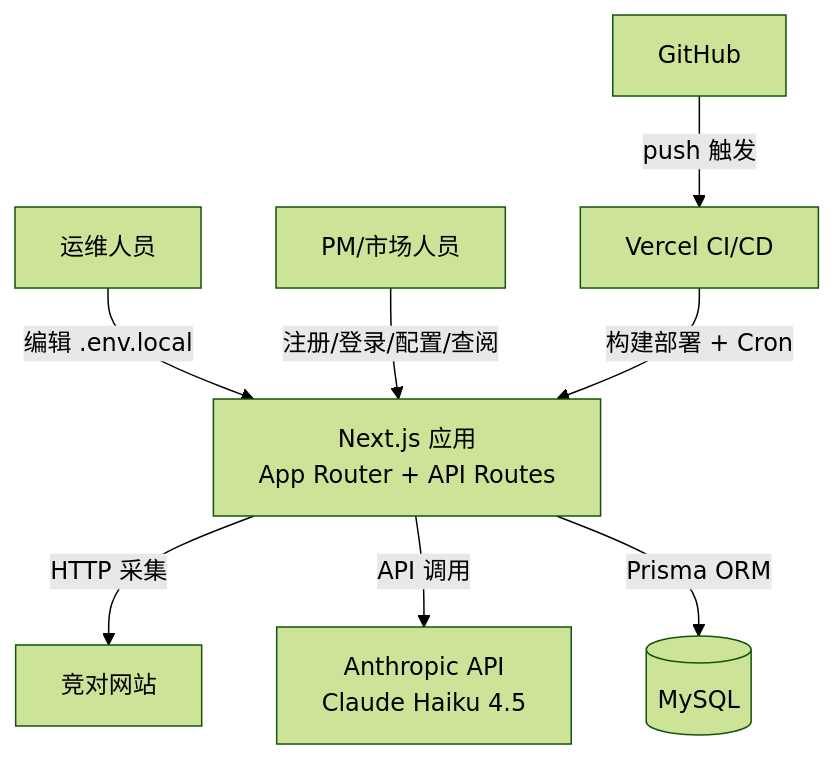
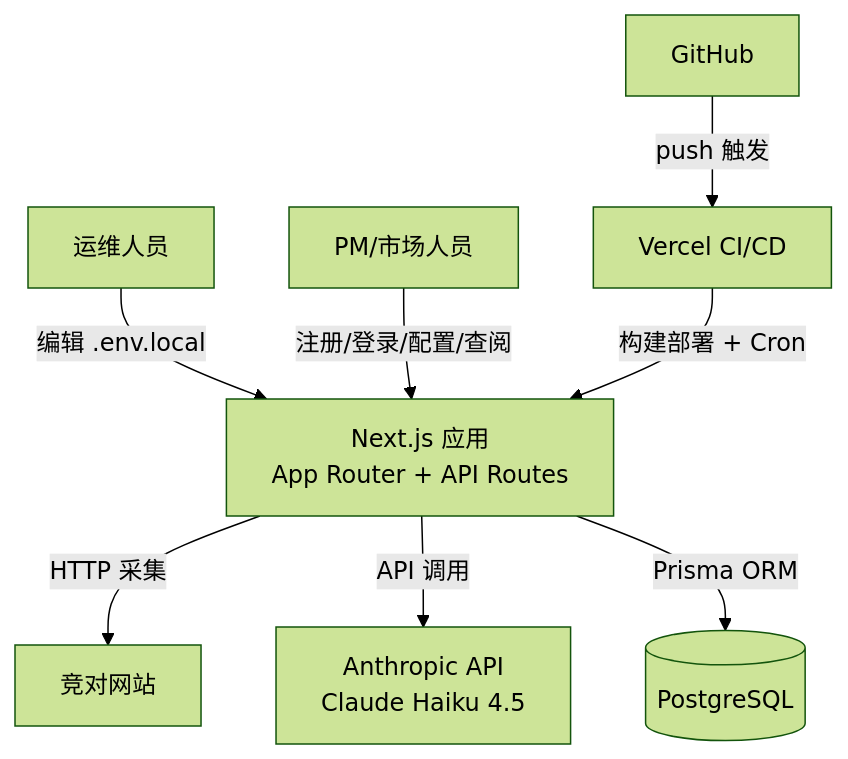
One commit to myapp666/myapp changed the diagram in .aisdlc/specs/001-competitor-tracking/design/design.md. Above: the diagram before and after it, drawn with Mermaid (forest theme). The commit also changed other lines of this file and 53 other files, not shown here.

````diff
--- a/.aisdlc/specs/001-competitor-tracking/design/design.md
+++ b/.aisdlc/specs/001-competitor-tracking/design/design.md
@@ -65,10 +65,10 @@
 ```mermaid
 graph TD
   OPS[运维人员] -->|编辑 .env.local| APP[Next.js 应用<br/>App Router + API Routes]
   USER[PM/市场人员] -->|注册/登录/配置/查阅| APP
   APP -->|HTTP 采集| WEB[竞对网站]
   APP -->|API 调用| AI[Anthropic API<br/>Claude Haiku 4.5]
-  APP -->|Prisma ORM| DB[(MySQL)]
+  APP -->|Prisma ORM| DB[(PostgreSQL)]
   GH[GitHub] -->|push 触发| VERCEL[Vercel CI/CD]
   VERCEL -->|构建部署 + Cron| APP
 ```
````
